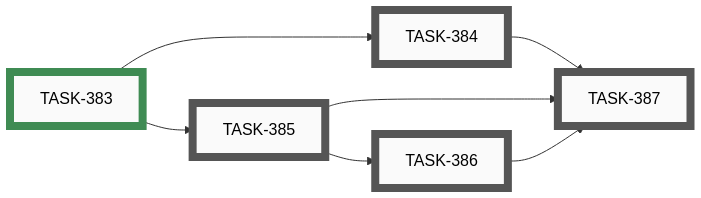
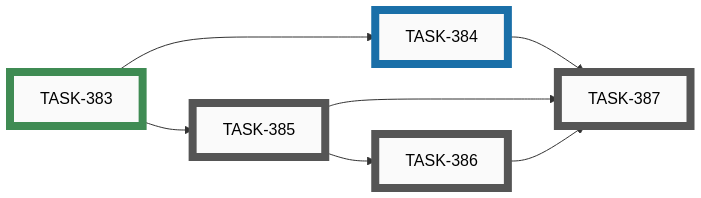
One commit to tgd1975/AwesomeGuitarPedal changed the tenth of 11 diagrams in docs/developers/tasks/EPICS.md. Above: the diagram before and after it, drawn with Mermaid. The commit also changed other lines of this file and 13 other files, not shown here.

````diff
--- a/docs/developers/tasks/EPICS.md
+++ b/docs/developers/tasks/EPICS.md
@@ -374,27 +374,27 @@
 ```mermaid
 graph LR
-    TASK_384["TASK-384"]:::open
     TASK_385["TASK-385"]:::open
     TASK_386["TASK-386"]:::open
     TASK_387["TASK-387"]:::open
+    TASK_384["TASK-384"]:::active
     TASK_383["TASK-383"]:::closed
-    TASK_383 --> TASK_384
     TASK_383 --> TASK_385
     TASK_385 --> TASK_386
     TASK_384 --> TASK_387
     TASK_385 --> TASK_387
     TASK_386 --> TASK_387
-    click TASK_384 "open/task-384-wiring-test-tool-button-mode.md"
+    TASK_383 --> TASK_384
     click TASK_385 "open/task-385-wiring-test-tool-led-group-modes.md"
     click TASK_386 "open/task-386-wiring-test-tool-led-individual-mode.md"
     click TASK_387 "open/task-387-wiring-test-tool-final-bindings-help-legend-builder-doc.md"
+    click TASK_384 "active/task-384-wiring-test-tool-button-mode.md"
     click TASK_383 "closed/task-383-wiring-test-tool-env-makefile-scaffolding.md"
     classDef open    fill:#FAFAFA,stroke:#555,stroke-width:8px,color:#000
     classDef active  fill:#FAFAFA,stroke:#1A6FA8,stroke-width:8px,color:#000
     classDef closed  fill:#FAFAFA,stroke:#3F8B53,stroke-width:8px,color:#000
     classDef paused  fill:#FAFAFA,stroke:#B07810,stroke-width:8px,color:#000
     classDef openExt    fill:#000,stroke:#888,stroke-width:8px,color:#FFF
     classDef activeExt  fill:#000,stroke:#3FA9F5,stroke-width:8px,color:#FFF
     classDef closedExt  fill:#000,stroke:#7CC68A,stroke-width:8px,color:#FFF
     classDef pausedExt  fill:#000,stroke:#F0B030,stroke-width:8px,color:#FFF
 ```
````
